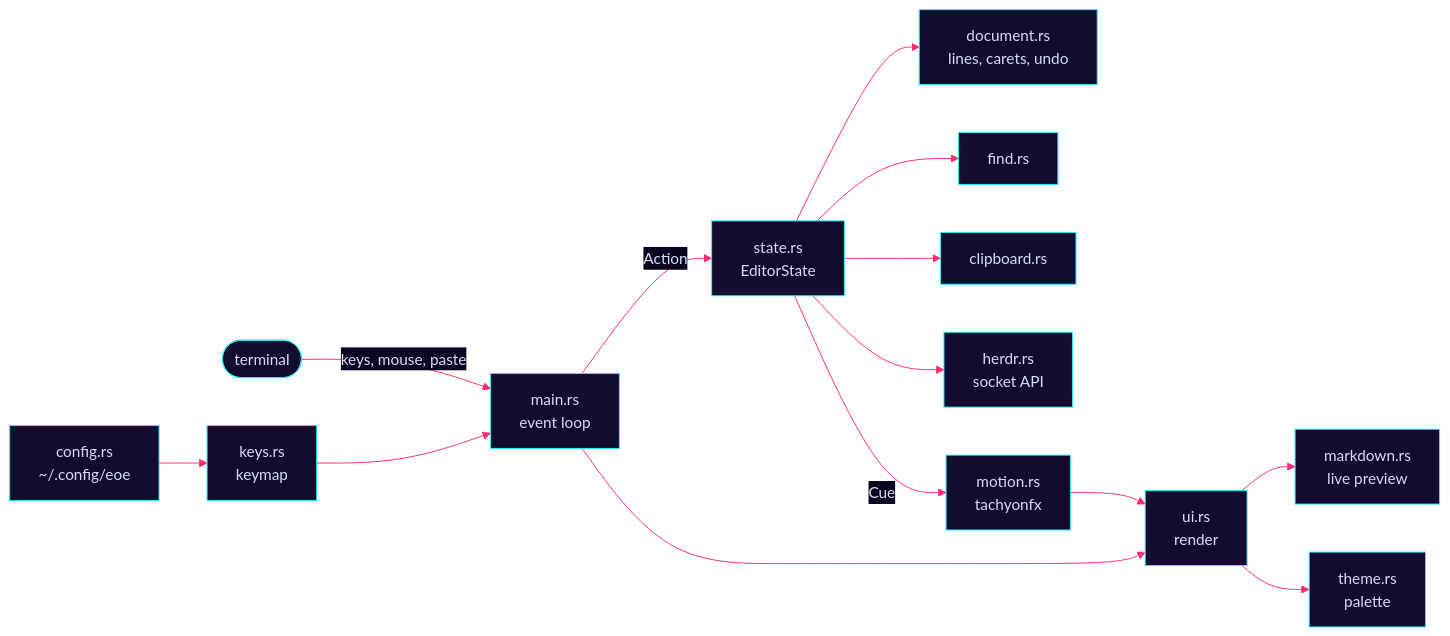
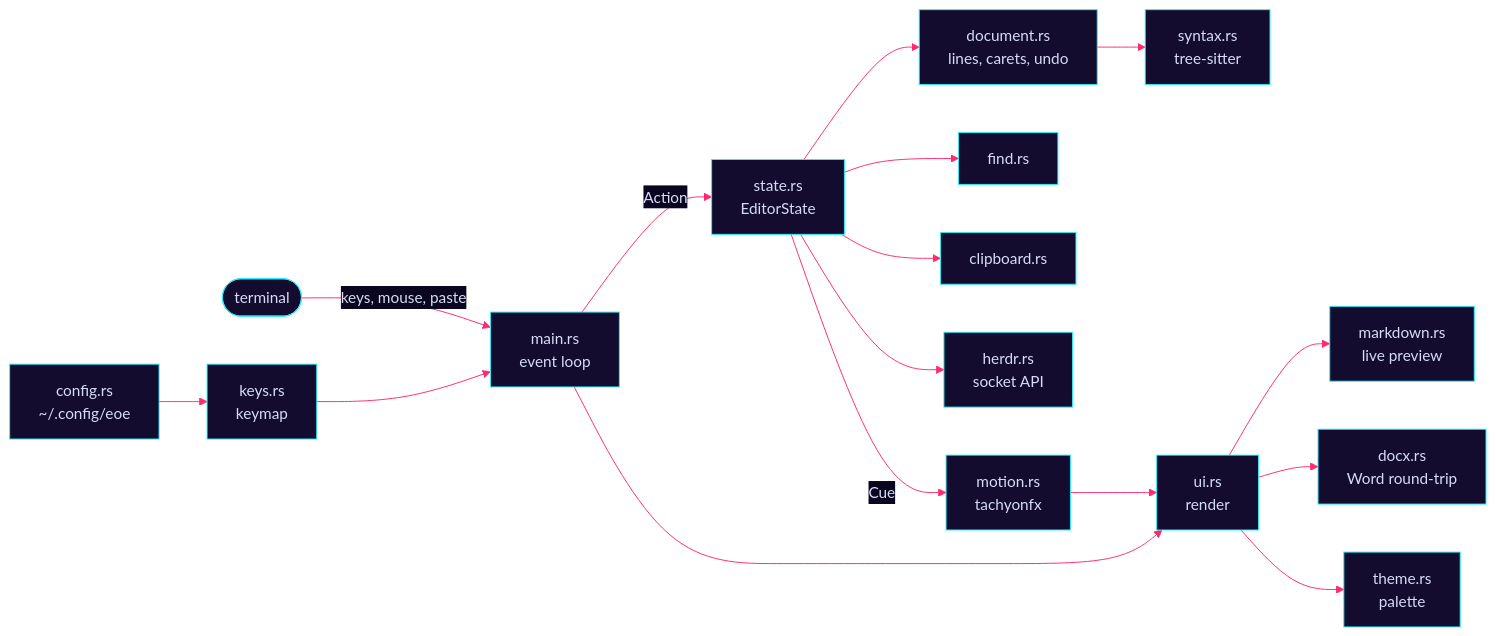
Before and after one commit to uxeric/ee: the diagram in README.md, drawn with Mermaid. The commit also changed other lines of this file and 15 other files, not shown here.

Commit message:
Adds syntax highlighting & basic docx support

````diff
--- a/README.md
+++ b/README.md
@@ -347,17 +360,19 @@
 ```mermaid
 %%{init: {'theme':'base','themeVariables':{'background':'#0b0620','primaryColor':'#140c2e','primaryTextColor':'#d6dcf5','primaryBorderColor':'#29f0ff','lineColor':'#ff2a6d','secondaryColor':'#241452','tertiaryColor':'#0b0620','edgeLabelBackground':'#0b0620','fontFamily':'monospace'}}}%%
 flowchart LR
     term([terminal]) -- keys, mouse, paste --> main[main.rs<br>event loop]
     config[config.rs<br>~/.config/eoe] --> keys[keys.rs<br>keymap]
     keys --> main
     main -- Action --> state[state.rs<br>EditorState]
     state --> doc[document.rs<br>lines, carets, undo]
+    doc --> syntax[syntax.rs<br>tree-sitter]
     state --> find[find.rs]
     state --> clip[clipboard.rs]
     state --> herdr[herdr.rs<br>socket API]
     state -- Cue --> motion[motion.rs<br>tachyonfx]
     main --> ui[ui.rs<br>render]
     ui --> md[markdown.rs<br>live preview]
+    ui --> docx[docx.rs<br>Word round-trip]
     ui --> theme[theme.rs<br>palette]
     motion --> ui
 ```
````
